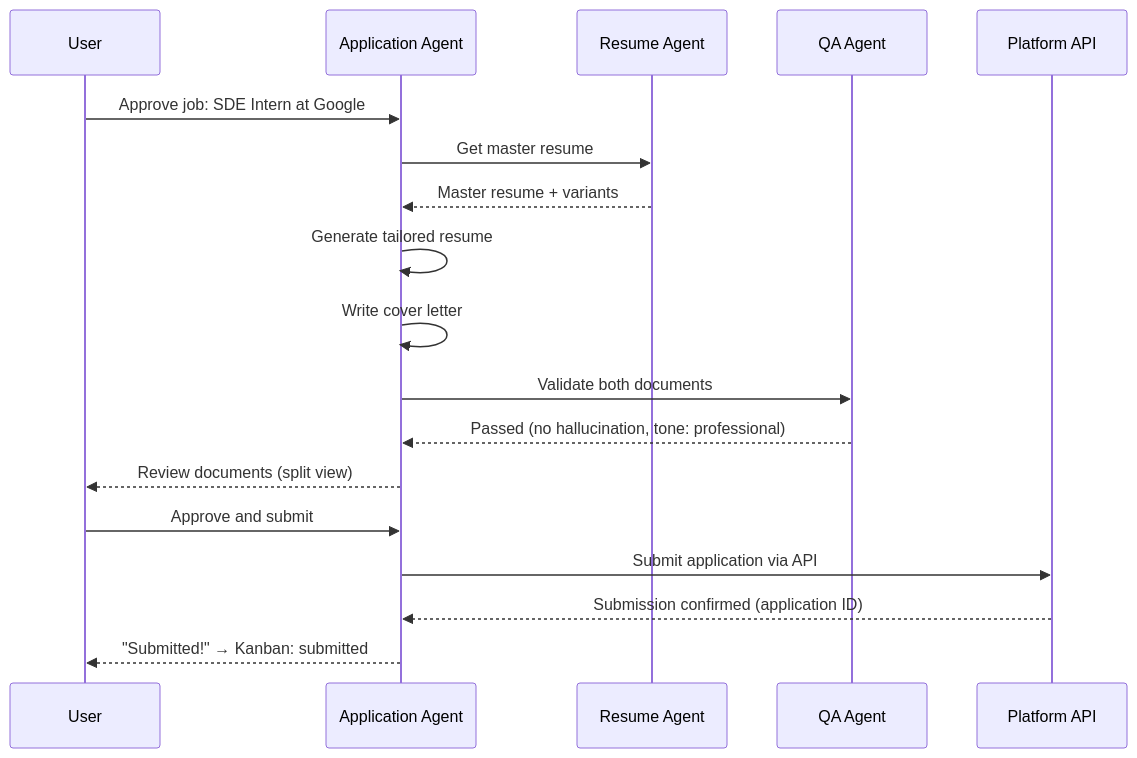
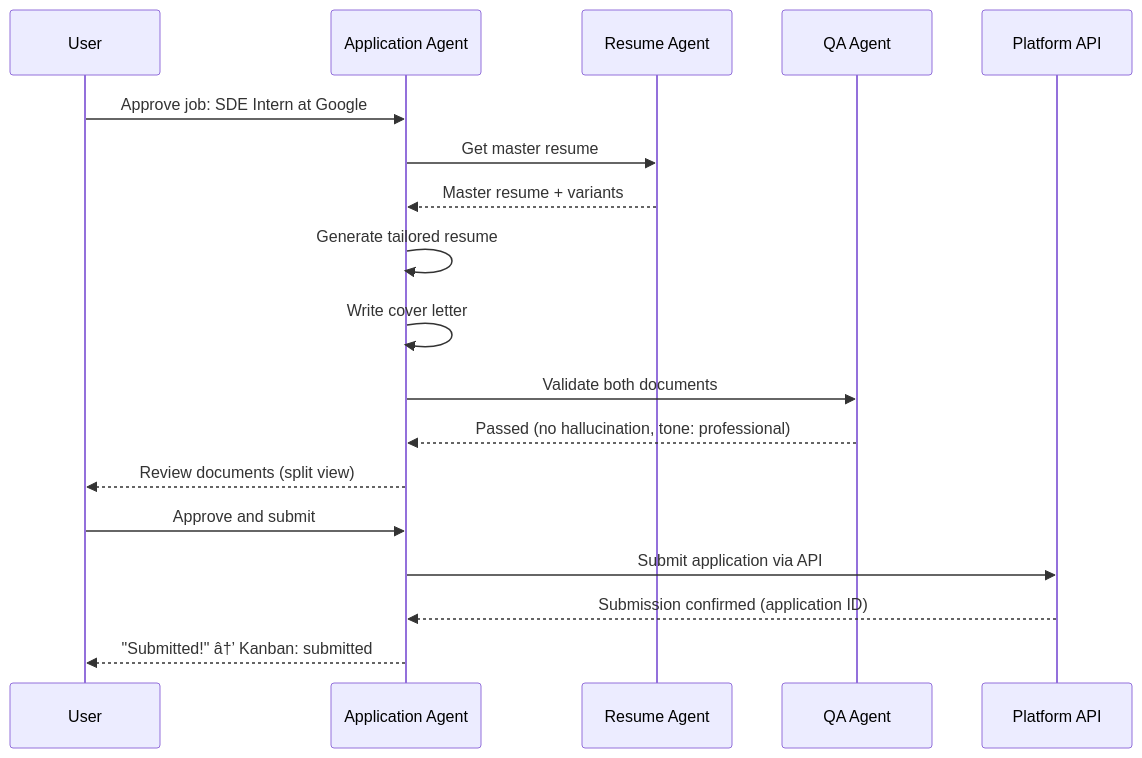
Before and after one commit to Driftloom/Vaeloom: the second of 2 diagrams in Docs/Product/Feature-Specs/Tailored-Applications.md, drawn with Mermaid. The commit also changed other lines of this file and 249 other files, not shown here.

````diff
--- a/Docs/Product/Feature-Specs/Tailored-Applications.md
+++ b/Docs/Product/Feature-Specs/Tailored-Applications.md
@@ -208,21 +208,21 @@
 ```mermaid
 sequenceDiagram
     participant U as User
     participant AA as Application Agent
     participant RA as Resume Agent
     participant QA as QA Agent
     participant PL as Platform API
 
     U->>AA: Approve job: SDE Intern at Google
     AA->>RA: Get master resume
     RA-->>AA: Master resume + variants
     AA->>AA: Generate tailored resume
     AA->>AA: Write cover letter
     AA->>QA: Validate both documents
     QA-->>AA: Passed (no hallucination, tone: professional)
     AA-->>U: Review documents (split view)
     U->>AA: Approve and submit
     AA->>PL: Submit application via API
     PL-->>AA: Submission confirmed (application ID)
-    AA-->>U: "Submitted!" → Kanban: submitted
+    AA-->>U: "Submitted!" â†’ Kanban: submitted
 ```
````
